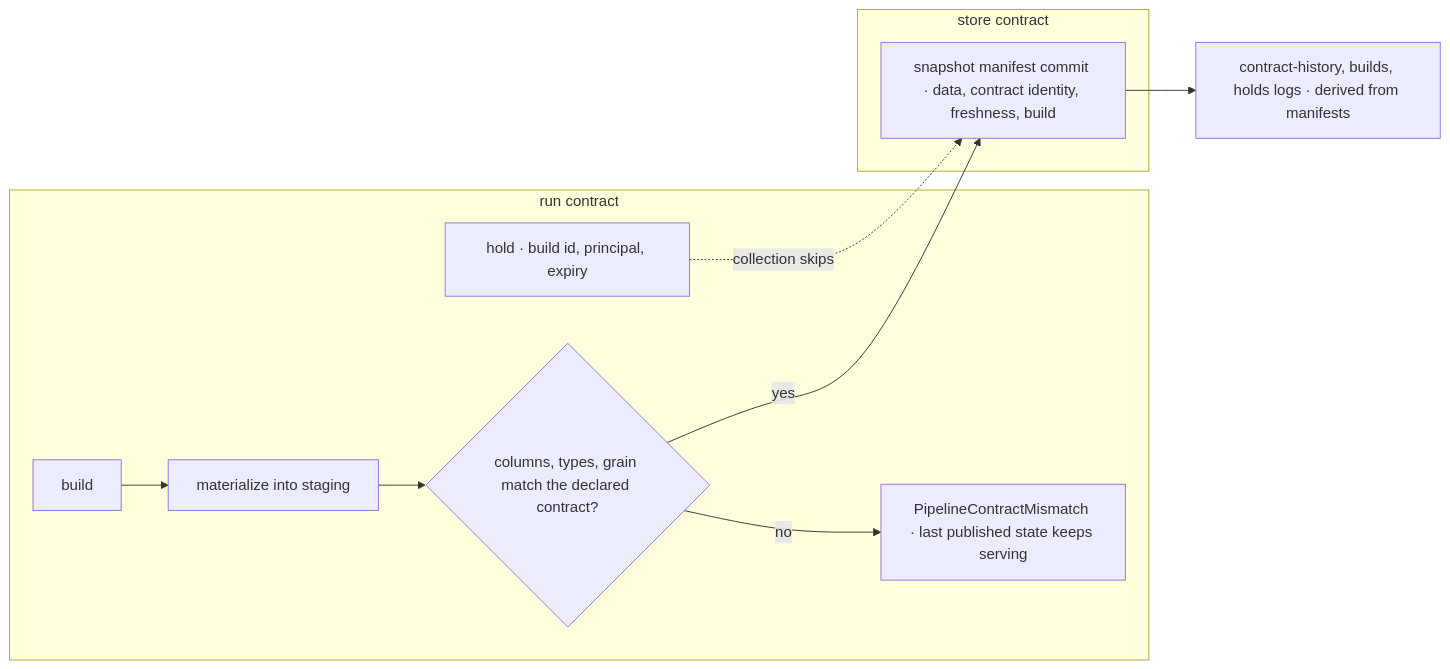
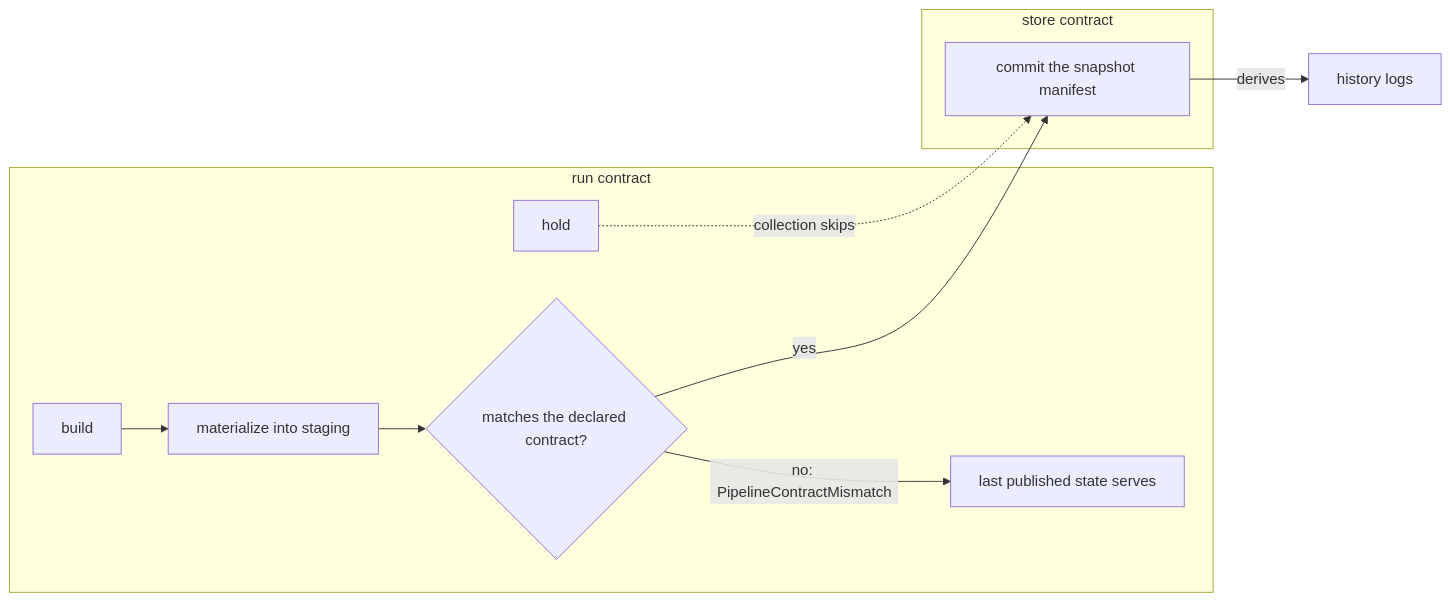
Before and after one commit to fractalboxdev/contextful: the fourth of 4 diagrams in spec/31-pipeline.md, drawn with Mermaid. The commit also changed other lines of this file and 24 other files, not shown here.

First line of the commit message:
spec: every flowchart draws one entity or process per node

````diff
--- a/spec/31-pipeline.md
+++ b/spec/31-pipeline.md
@@ -280,15 +276,15 @@
 ```mermaid
 flowchart LR
   subgraph RUNC["run contract"]
     B["build"] --> ST["materialize into staging"]
-    ST --> CK{"columns, types, grain match the declared contract?"}
-    CK -->|no| REF["PipelineContractMismatch · last published state keeps serving"]
-    HOLD["hold · build id, principal, expiry"]
+    ST --> CK{"matches the declared contract?"}
+    CK -->|"no: PipelineContractMismatch"| KEEP["last published state serves"]
+    HOLD["hold"]
   end
   subgraph STORE["store contract"]
-    MC["snapshot manifest commit · data, contract identity, freshness, build"]
+    MC["commit the snapshot manifest"]
   end
   CK -->|yes| MC
-  MC --> LOGS["contract-history, builds, holds logs · derived from manifests"]
+  MC -->|"derives"| LOGS["history logs"]
   HOLD -.->|"collection skips"| MC
 ```
````
